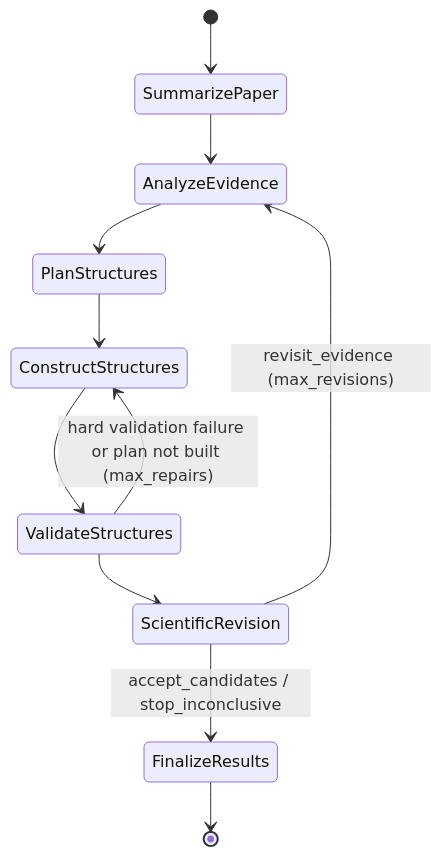
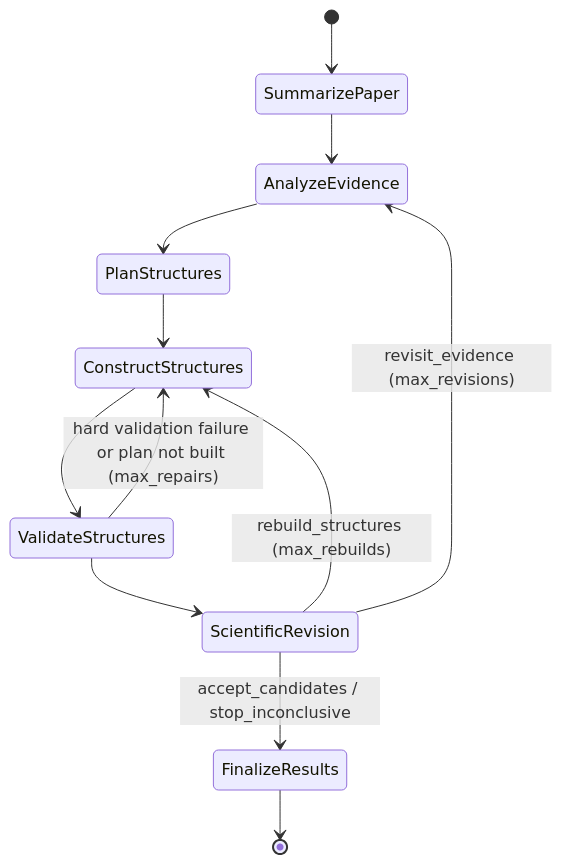
The diagram in README.md (sj-cha/paper2structure), drawn with Mermaid before and after one commit. The commit also changed other lines of this file and 9 other files, not shown here.

````diff
--- a/README.md
+++ b/README.md
@@ -20,13 +20,14 @@
 ```mermaid
 stateDiagram-v2
   [*] --> SummarizePaper
   SummarizePaper --> AnalyzeEvidence
   AnalyzeEvidence --> PlanStructures
   PlanStructures --> ConstructStructures
   ConstructStructures --> ValidateStructures
   ValidateStructures --> ConstructStructures: hard validation failure or plan not built (max_repairs)
   ValidateStructures --> ScientificRevision
+  ScientificRevision --> ConstructStructures: rebuild_structures (max_rebuilds)
   ScientificRevision --> AnalyzeEvidence: revisit_evidence (max_revisions)
   ScientificRevision --> FinalizeResults: accept_candidates / stop_inconclusive
   FinalizeResults --> [*]
 ```
````
